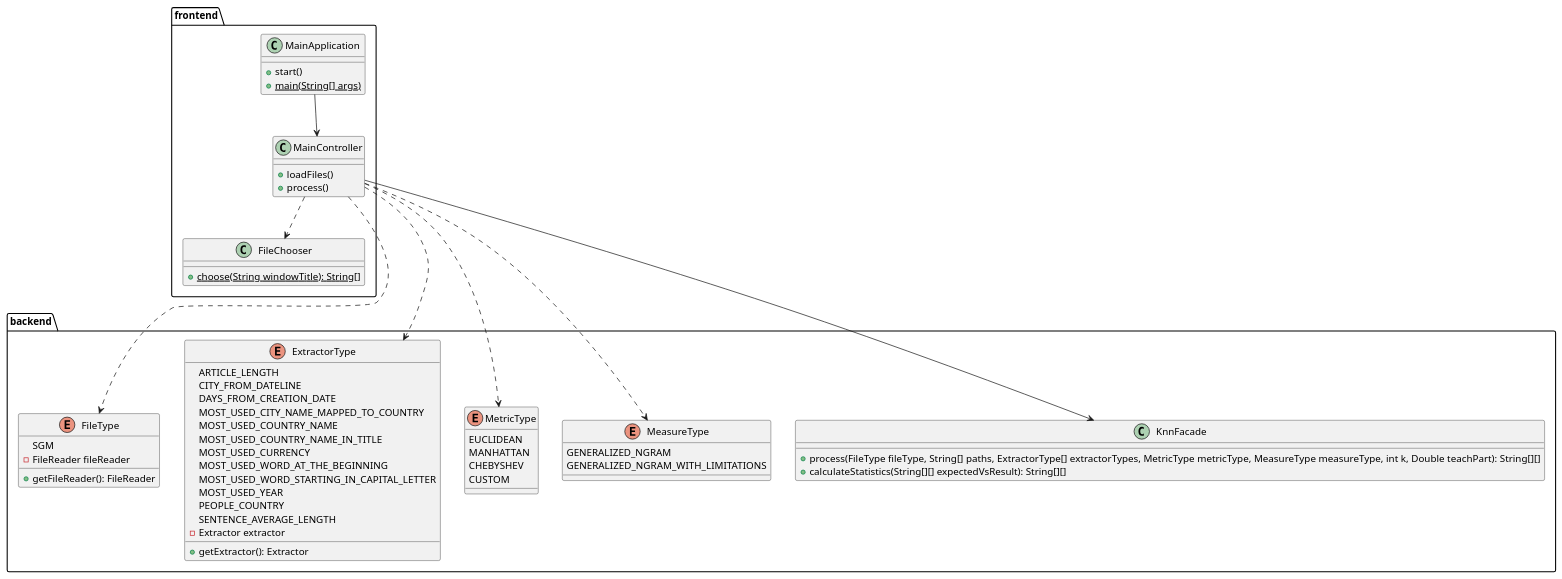
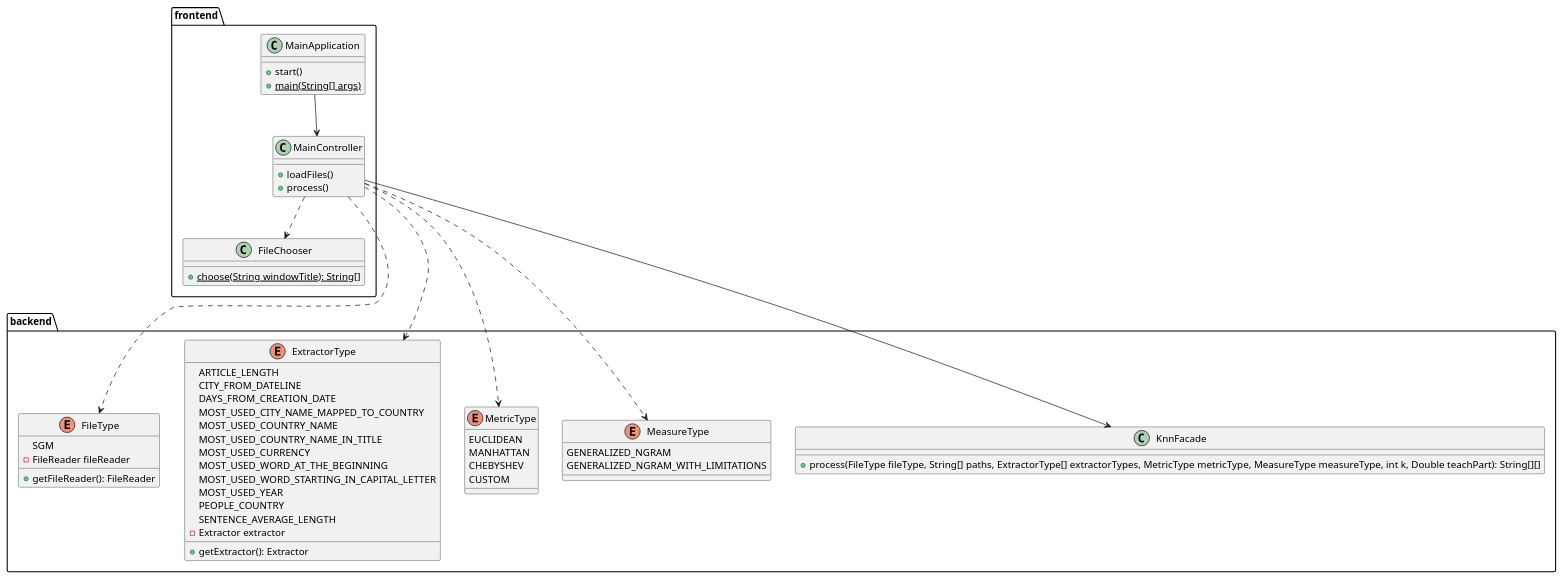
Before and after one commit to kambed/Computer-Recognition-Systems: the first of 4 diagrams in README.md, drawn with PlantUML. The commit also changed other lines of this file, not shown here.

Commit message:
Update statistics class

````diff
--- a/README.md
+++ b/README.md
@@ -3,59 +3,58 @@
 ```plantuml
 package frontend {
     class MainApplication {
         + start()
         + {static} main(String[] args)
     }
     class MainController {
         + loadFiles()
         + process()
     }
     class FileChooser {
         + {static} choose(String windowTitle): String[]
     }
     MainController ..> FileChooser
     MainApplication --> MainController
 }
 package backend {
     enum FileType {
         SGM
         - FileReader fileReader
         + getFileReader(): FileReader
     }
     enum ExtractorType {
         ARTICLE_LENGTH
         CITY_FROM_DATELINE
         DAYS_FROM_CREATION_DATE
         MOST_USED_CITY_NAME_MAPPED_TO_COUNTRY
         MOST_USED_COUNTRY_NAME
         MOST_USED_COUNTRY_NAME_IN_TITLE
         MOST_USED_CURRENCY
         MOST_USED_WORD_AT_THE_BEGINNING
         MOST_USED_WORD_STARTING_IN_CAPITAL_LETTER
         MOST_USED_YEAR
         PEOPLE_COUNTRY
         SENTENCE_AVERAGE_LENGTH
         - Extractor extractor
         + getExtractor(): Extractor
     }
     enum MetricType {
         EUCLIDEAN
         MANHATTAN
         CHEBYSHEV
         CUSTOM
     }
     enum MeasureType {
         GENERALIZED_NGRAM
         GENERALIZED_NGRAM_WITH_LIMITATIONS
     }
     class KnnFacade {
         + process(FileType fileType, String[] paths, ExtractorType[] extractorTypes, MetricType metricType, MeasureType measureType, int k, Double teachPart): String[][]
-        + calculateStatistics(String[][] expectedVsResult): String[][]
     }
 }
 MainController ---> KnnFacade
 MainController ..> FileType
 MainController ..> MetricType
 MainController ..> MeasureType
 MainController ..> ExtractorType
 ```
````
